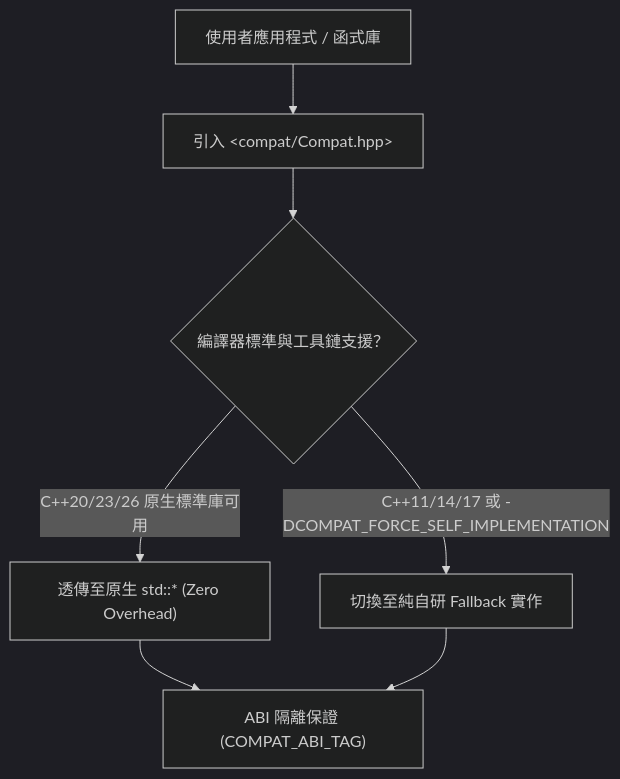
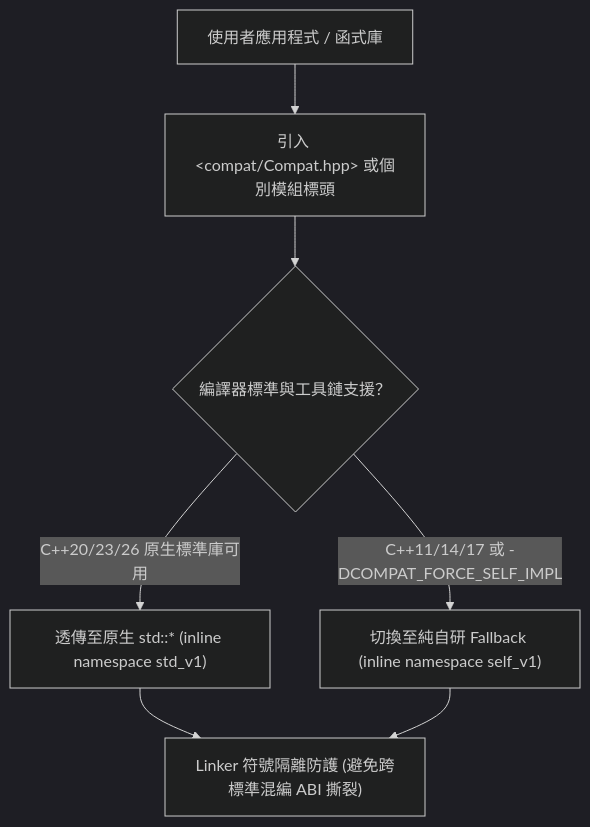
The diagram in docs/README.md (willy050209/CPP-Compat), drawn with Mermaid (dark theme) before and after one commit. The commit also changed other lines of this file and 25 other files, not shown here.

````diff
--- a/docs/README.md
+++ b/docs/README.md
@@ -36,9 +36,9 @@
 ```mermaid
 flowchart TD
-    App[使用者應用程式 / 函式庫] --> Header["引入 &lt;compat/Compat.hpp&gt;"]
+    App[使用者應用程式 / 函式庫] --> Header["引入 &lt;compat/Compat.hpp&gt; 或個別模組標頭"]
     Header --> Check{編譯器標準與工具鏈支援？}
-    Check -- "C++20/23/26 原生標準庫可用" --> StdRoute["透傳至原生 std::* (Zero Overhead)"]
-    Check -- "C++11/14/17 或 -DCOMPAT_FORCE_SELF_IMPLEMENTATION" --> SelfRoute["切換至純自研 Fallback 實作"]
-    StdRoute --> ABI["ABI 隔離保證 (COMPAT_ABI_TAG)"]
-    SelfRoute --> ABI
+    Check -- "C++20/23/26 原生標準庫可用" --> StdRoute["透傳至原生 std::* (inline namespace std_v1)"]
+    Check -- "C++11/14/17 或 -DCOMPAT_FORCE_SELF_IMPL" --> SelfRoute["切換至純自研 Fallback (inline namespace self_v1)"]
+    StdRoute --> Linker["Linker 符號隔離防護 (避免跨標準混編 ABI 撕裂)"]
+    SelfRoute --> Linker
 ```
````
